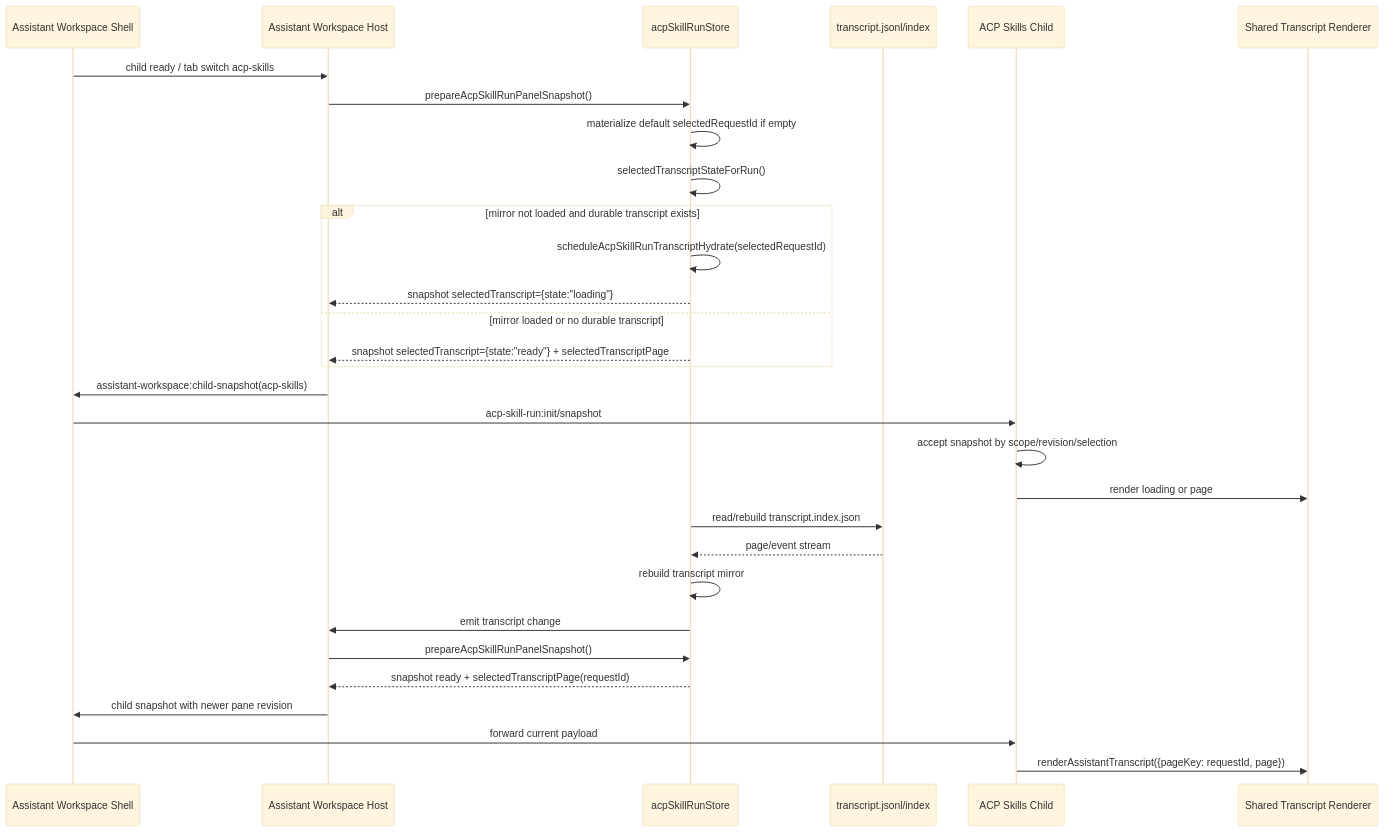
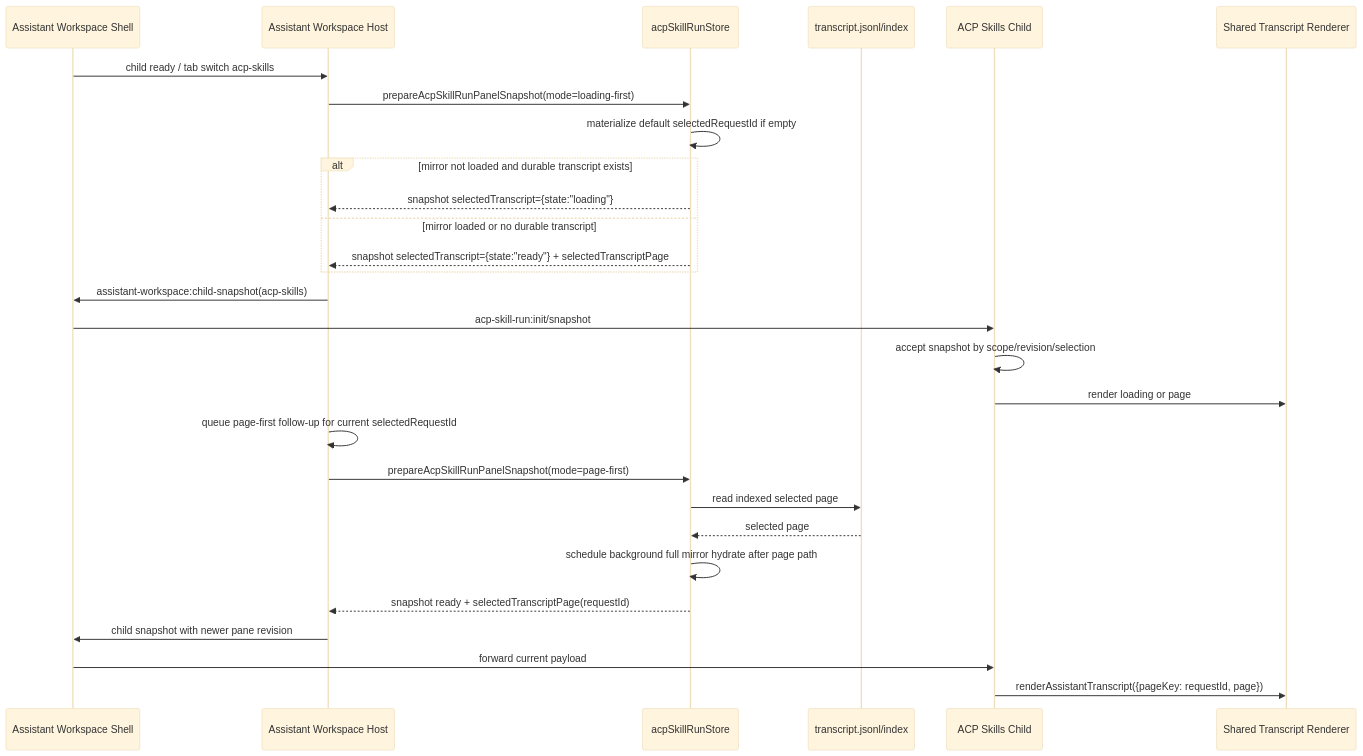
Before and after one commit to leike0813/zotero-agents: the third of 11 diagrams in doc/acp-skills-transcript-selection-hydration-sequence.md, drawn with Mermaid (base theme). The commit also changed other lines of this file and 27 other files, not shown here.

````diff
--- a/doc/acp-skills-transcript-selection-hydration-sequence.md
+++ b/doc/acp-skills-transcript-selection-hydration-sequence.md
@@ -75,33 +175,31 @@
 ```mermaid
 sequenceDiagram
   participant Shell as Assistant Workspace Shell
   participant Host as Assistant Workspace Host
   participant Store as acpSkillRunStore
   participant Disk as transcript.jsonl/index
   participant Child as ACP Skills Child
   participant Renderer as Shared Transcript Renderer
 
   Shell->>Host: child ready / tab switch acp-skills
-  Host->>Store: prepareAcpSkillRunPanelSnapshot()
+  Host->>Store: prepareAcpSkillRunPanelSnapshot(mode=loading-first)
   Store->>Store: materialize default selectedRequestId if empty
-  Store->>Store: selectedTranscriptStateForRun()
   alt mirror not loaded and durable transcript exists
-    Store->>Store: scheduleAcpSkillRunTranscriptHydrate(selectedRequestId)
     Store-->>Host: snapshot selectedTranscript={state:"loading"}
   else mirror loaded or no durable transcript
     Store-->>Host: snapshot selectedTranscript={state:"ready"} + selectedTranscriptPage
   end
   Host->>Shell: assistant-workspace:child-snapshot(acp-skills)
   Shell->>Child: acp-skill-run:init/snapshot
   Child->>Child: accept snapshot by scope/revision/selection
   Child->>Renderer: render loading or page
-  Store->>Disk: read/rebuild transcript.index.json
-  Disk-->>Store: page/event stream
-  Store->>Store: rebuild transcript mirror
-  Store->>Host: emit transcript change
-  Host->>Store: prepareAcpSkillRunPanelSnapshot()
+  Host->>Host: queue page-first follow-up for current selectedRequestId
+  Host->>Store: prepareAcpSkillRunPanelSnapshot(mode=page-first)
+  Store->>Disk: read indexed selected page
+  Disk-->>Store: selected page
+  Store->>Store: schedule background full mirror hydrate after page path
   Store-->>Host: snapshot ready + selectedTranscriptPage(requestId)
   Host->>Shell: child snapshot with newer pane revision
   Shell->>Child: forward current payload
   Child->>Renderer: renderAssistantTranscript({pageKey: requestId, page})
 ```
````
